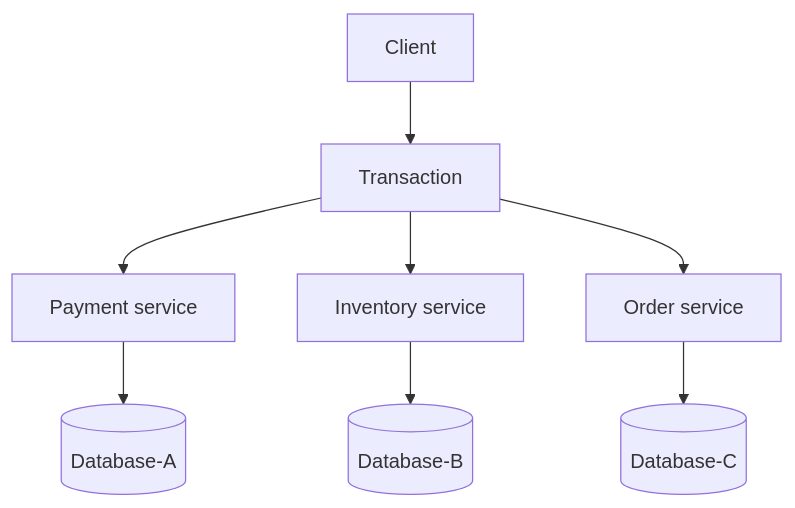
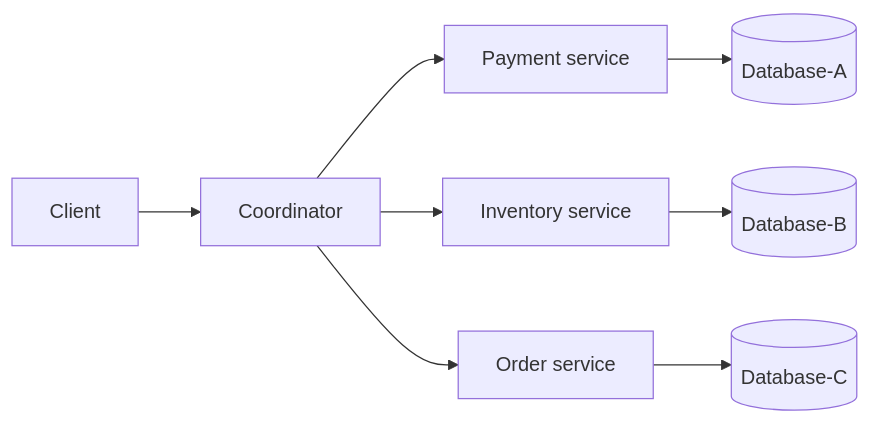
One commit to hareramcse/SystemDesign changed diagram 25 of 43 in 05-distributed-databases/README.md. Above: the diagram before and after it, drawn with Mermaid. The commit also changed other lines of this file and 14 other files, not shown here.

````diff
--- a/05-distributed-databases/README.md
+++ b/05-distributed-databases/README.md
@@ -3078,10 +1705,10 @@
 ```mermaid
-flowchart TB
-    Client[Client] --> Txn[Transaction]
+flowchart LR
+    Client[Client] --> Txn[Coordinator]
     Txn --> Pay[Payment service]
     Txn --> Inv[Inventory service]
     Txn --> Ord[Order service]
     Pay --> DBA[(Database-A)]
     Inv --> DBB[(Database-B)]
     Ord --> DBC[(Database-C)]
 ```
````
